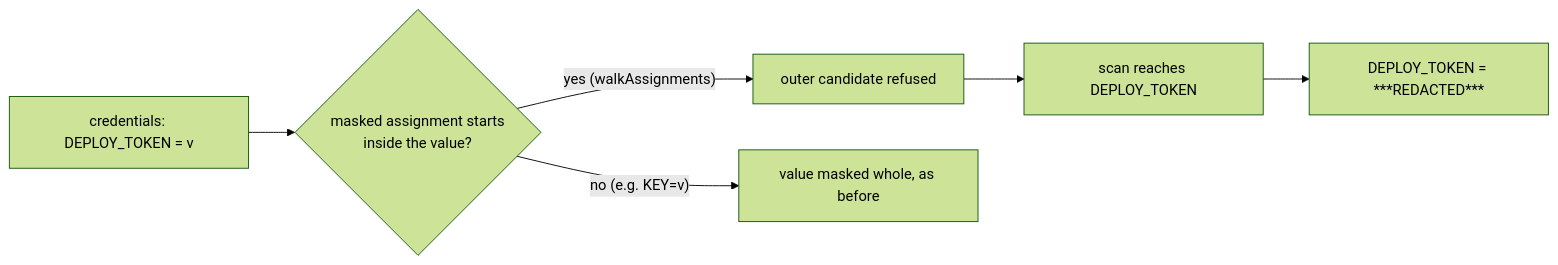
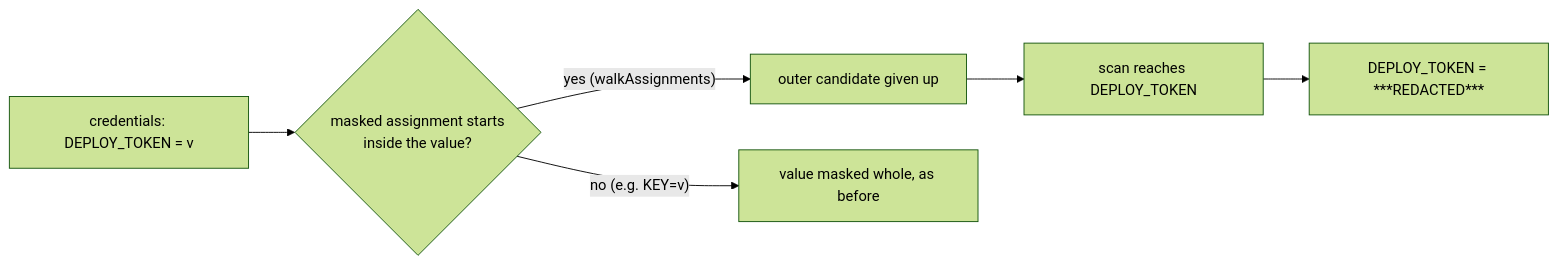
One commit to stSoftwareAU/VibeCoder changed the diagram in docs/archive/pr-summaries/pr-summary-5310.md. Above: the diagram before and after it, drawn with Mermaid (forest theme). The commit also changed other lines of this file and 1 other file, not shown here.

````diff
--- a/docs/archive/pr-summaries/pr-summary-5310.md
+++ b/docs/archive/pr-summaries/pr-summary-5310.md
@@ -61,8 +68,8 @@
 ```mermaid
 flowchart LR
     A["credentials: DEPLOY_TOKEN = v"] --> B{"masked assignment starts<br/>inside the value?"}
-    B -->|"yes (walkAssignments)"| C["outer candidate refused"]
+    B -->|"yes (walkAssignments)"| C["outer candidate given up"]
     C --> D["scan reaches DEPLOY_TOKEN"]
     D --> E["DEPLOY_TOKEN = ***REDACTED***"]
     B -->|"no (e.g. KEY=v)"| F["value masked whole, as before"]
 ```
````
